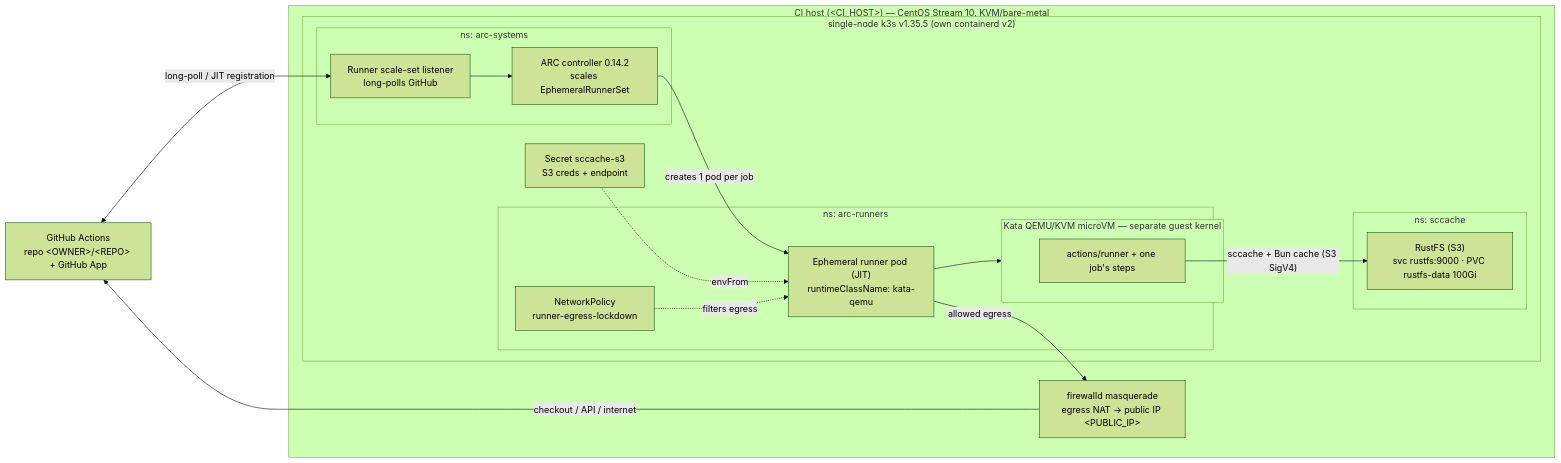
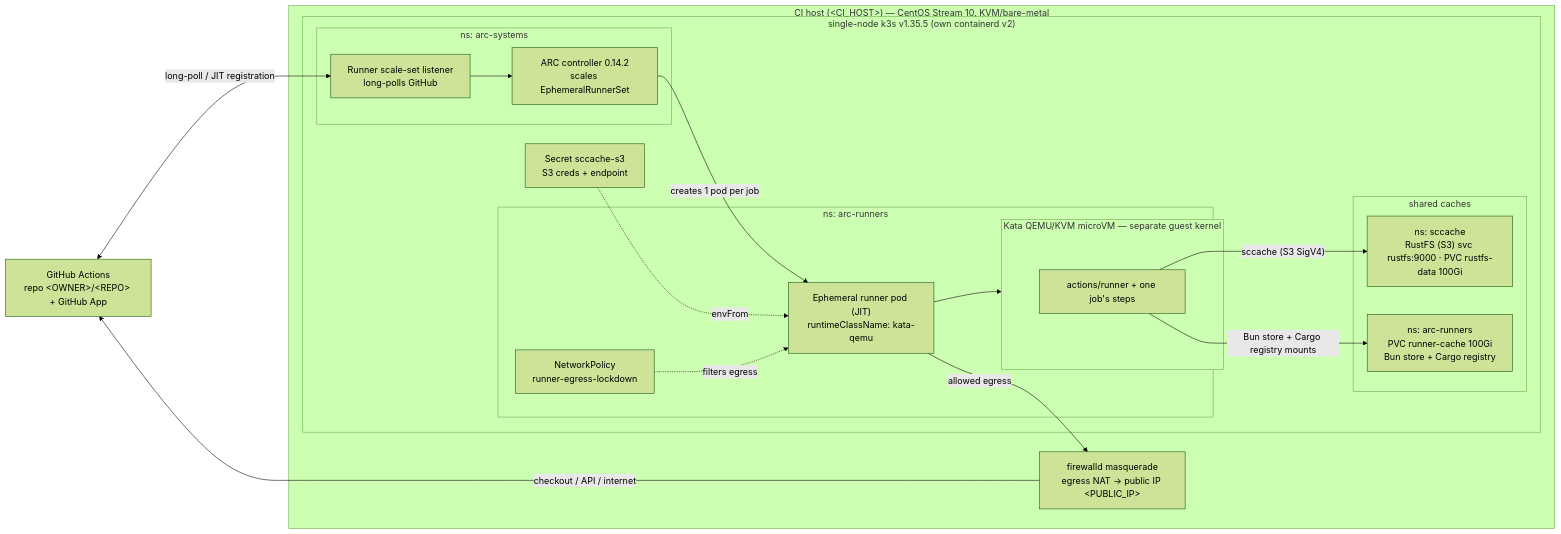
Before and after one commit to design-nexus/pi-forge: the diagram in infra/docs/README.md, drawn with Mermaid (forest theme). The commit also changed other lines of this file and 11 other files, not shown here.

First line of the commit message:
feat(infra): migrated runner caches to PVC-backed Bun/Cargo and RustFS sccache

````diff
--- a/infra/docs/README.md
+++ b/infra/docs/README.md
@@ -9,35 +9,37 @@
 ```mermaid
 flowchart LR
     GH["GitHub Actions<br/>repo &lt;OWNER&gt;/&lt;REPO&gt; + GitHub App"]
 
     subgraph HOST["CI host (&lt;CI_HOST&gt;) — CentOS Stream 10, KVM/bare-metal"]
       NAT["firewalld masquerade<br/>egress NAT → public IP &lt;PUBLIC_IP&gt;"]
       subgraph K3S["single-node k3s v1.35.5 (own containerd v2)"]
         subgraph SYS["ns: arc-systems"]
           LIS["Runner scale-set listener<br/>long-polls GitHub"]
           CTRL["ARC controller 0.14.2<br/>scales EphemeralRunnerSet"]
         end
         subgraph RUN["ns: arc-runners"]
           NP["NetworkPolicy<br/>runner-egress-lockdown"]
           POD["Ephemeral runner pod (JIT)<br/>runtimeClassName: kata-qemu"]
           subgraph VM["Kata QEMU/KVM microVM — separate guest kernel"]
             JOB["actions/runner + one job's steps"]
           end
         end
-        subgraph CACHE["ns: sccache"]
-          RUSTFS["RustFS (S3)<br/>svc rustfs:9000 · PVC rustfs-data 100Gi"]
+        subgraph CACHE["shared caches"]
+          RUSTFS["ns: sccache<br/>RustFS (S3) svc rustfs:9000 · PVC rustfs-data 100Gi"]
+          PVC["ns: arc-runners<br/>PVC runner-cache 100Gi<br/>Bun store + Cargo registry"]
         end
         SEC["Secret sccache-s3<br/>S3 creds + endpoint"]
       end
     end
 
     GH <-->|"long-poll / JIT registration"| LIS
     LIS --> CTRL
     CTRL -->|"creates 1 pod per job"| POD
     POD --> VM
     SEC -.->|"envFrom"| POD
     NP -.->|"filters egress"| POD
-    JOB -->|"sccache + Bun cache (S3 SigV4)"| RUSTFS
+    JOB -->|"sccache (S3 SigV4)"| RUSTFS
+    JOB -->|"Bun store + Cargo registry mounts"| PVC
     POD -->|"allowed egress"| NAT
     NAT -->|"checkout / API / internet"| GH
 ```
````
